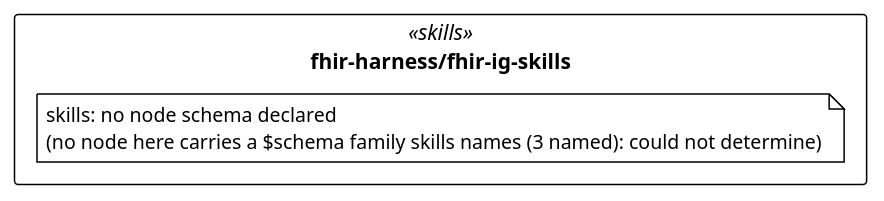
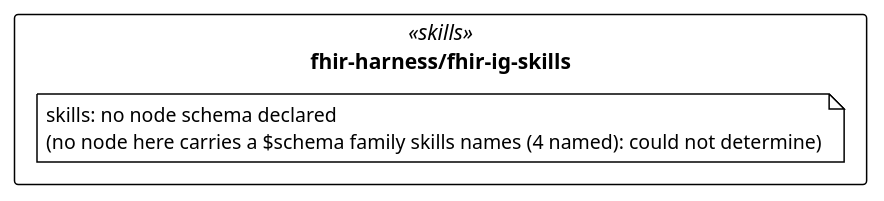
One commit to litlfred/folio-assistant changed the diagram in cat-harness/uml/overview/fhir-harness/fhir-ig-skills.puml. Above: the diagram before and after it, drawn with PlantUML. The commit also changed 139 other files, not shown here.

```diff
--- a/cat-harness/uml/overview/fhir-harness/fhir-ig-skills.puml
+++ b/cat-harness/uml/overview/fhir-harness/fhir-ig-skills.puml
@@ -3,13 +3,13 @@
 @startuml fhir_harness_fhir_ig_skills
 !pragma layout elk
 !theme plain
 skinparam classAttributeIconSize 0
 skinparam shadowing false
 skinparam packageStyle rectangle
 hide empty methods
 
 package "fhir-harness/fhir-ig-skills" as pkg_fhir_harness_fhir_ig_skills <<skills>> {
-  note "skills: no node schema declared\n(no node here carries a $schema family skills names (3 named): could not determine)" as n_fhir_harness_fhir_ig_skills_skills
+  note "skills: no node schema declared\n(no node here carries a $schema family skills names (4 named): could not determine)" as n_fhir_harness_fhir_ig_skills_skills
 }
 
 @enduml
```
